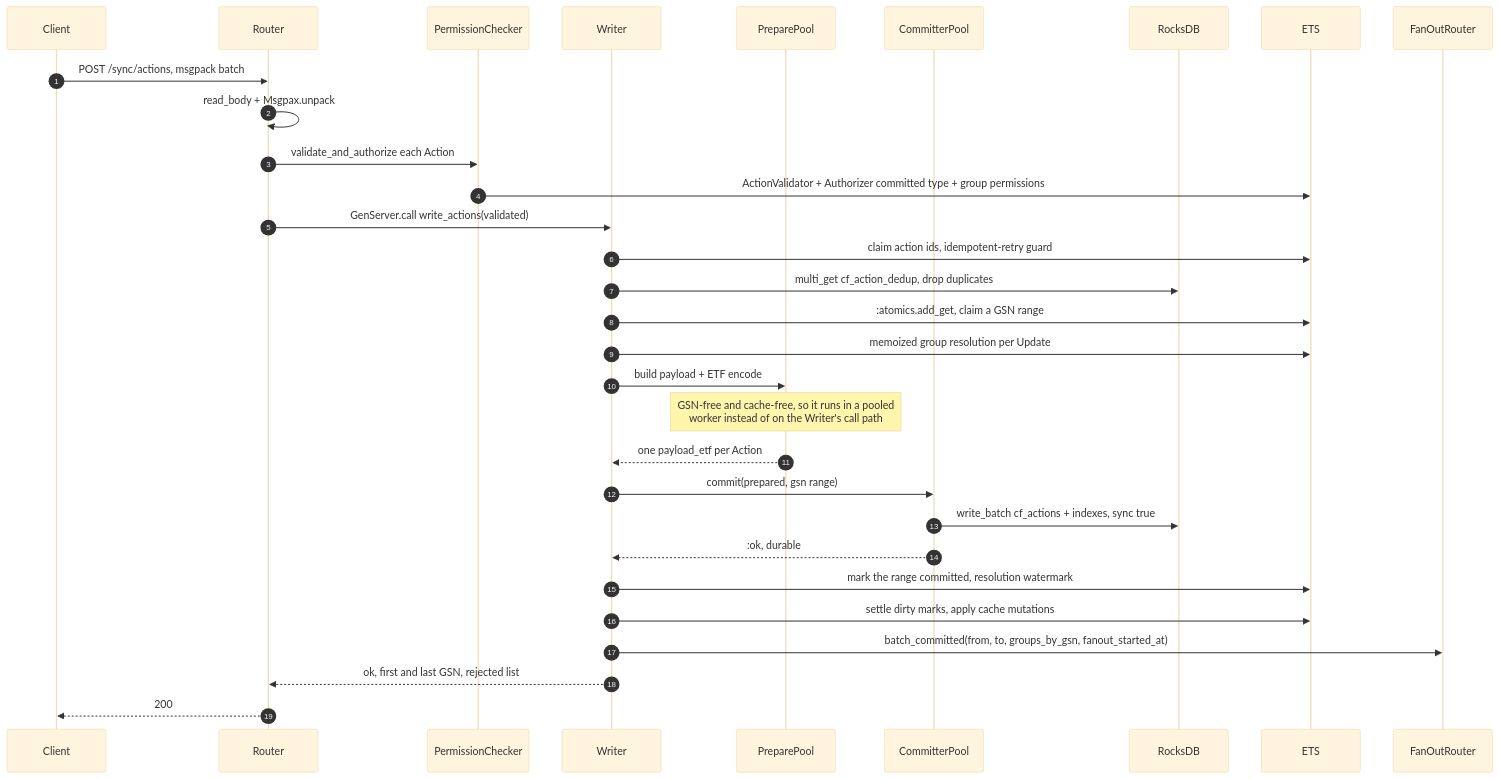
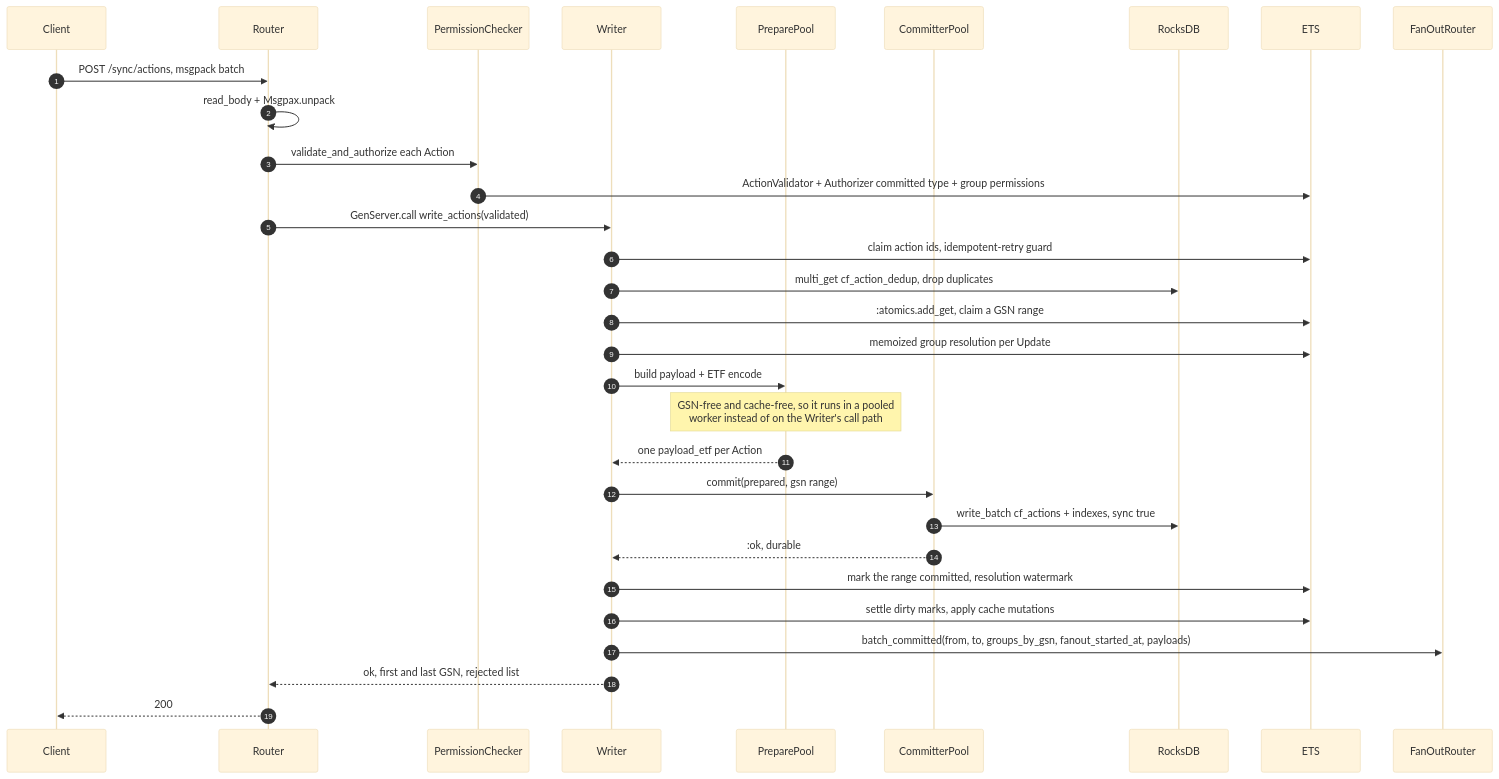
Before and after one commit to ebbjs/ebbjs: the second of 6 diagrams in ebb_server/README.md, drawn with Mermaid (base theme). The commit also changed other lines of this file and 1 other file, not shown here.

````diff
--- a/ebb_server/README.md
+++ b/ebb_server/README.md
@@ -310,36 +310,36 @@
 ```mermaid
 sequenceDiagram
   autonumber
   participant C as Client
   participant R as Router
   participant P as PermissionChecker
   participant W as Writer
   participant PP as PreparePool
   participant CP as CommitterPool
   participant DB as RocksDB
   participant E as ETS
   participant F as FanOutRouter
 
   C->>R: POST /sync/actions, msgpack batch
   R->>R: read_body + Msgpax.unpack
   R->>P: validate_and_authorize each Action
   P->>E: ActionValidator + Authorizer committed type + group permissions
   R->>W: GenServer.call write_actions(validated)
 
   W->>E: claim action ids, idempotent-retry guard
   W->>DB: multi_get cf_action_dedup, drop duplicates
   W->>E: :atomics.add_get, claim a GSN range
   W->>E: memoized group resolution per Update
   W->>PP: build payload + ETF encode
   Note over PP: GSN-free and cache-free, so it runs in a pooled<br/>worker instead of on the Writer's call path
   PP-->>W: one payload_etf per Action
   W->>CP: commit(prepared, gsn range)
   CP->>DB: write_batch cf_actions + indexes, sync true
   CP-->>W: :ok, durable
 
   W->>E: mark the range committed, resolution watermark
   W->>E: settle dirty marks, apply cache mutations
-  W->>F: batch_committed(from, to, groups_by_gsn, fanout_started_at)
+  W->>F: batch_committed(from, to, groups_by_gsn, fanout_started_at, payloads)
   W-->>R: ok, first and last GSN, rejected list
   R-->>C: 200
 ```
````
